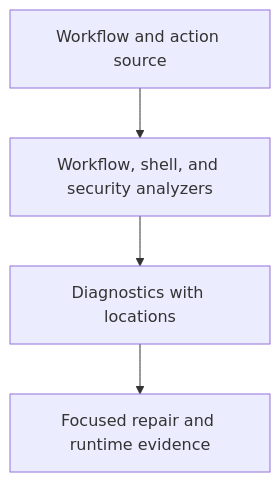
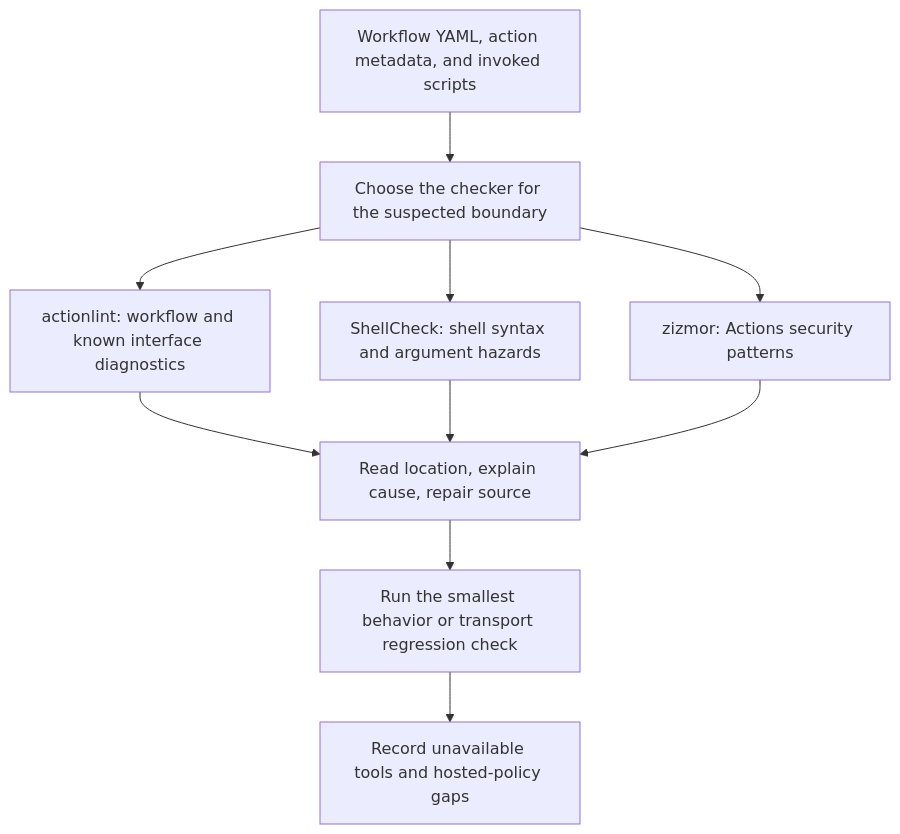
Before and after one commit to Rohit1024/actions-learn: the diagram in docs/lessons/0008-workflow-shell-and-security-linting.md, drawn with Mermaid. The commit also changed other lines of this file and 228 other files, not shown here.

````diff
--- a/docs/lessons/0008-workflow-shell-and-security-linting.md
+++ b/docs/lessons/0008-workflow-shell-and-security-linting.md
@@ -49,10 +22,12 @@
 ```mermaid
 flowchart TD
-    N0["Workflow and action source"]
-    N1["Workflow, shell, and security analyzers"]
-    N0 --> N1
-    N2["Diagnostics with locations"]
-    N1 --> N2
-    N3["Focused repair and runtime evidence"]
-    N2 --> N3
+    Source["Workflow YAML, action metadata, and invoked scripts"] --> Select["Choose the checker for the suspected boundary"]
+    Select --> Workflow["actionlint: workflow and known interface diagnostics"]
+    Select --> Shell["ShellCheck: shell syntax and argument hazards"]
+    Select --> Security["zizmor: Actions security patterns"]
+    Workflow --> Repair["Read location, explain cause, repair source"]
+    Shell --> Repair
+    Security --> Repair
+    Repair --> Runtime["Run the smallest behavior or transport regression check"]
+    Runtime --> Limits["Record unavailable tools and hosted-policy gaps"]
 ```
````
